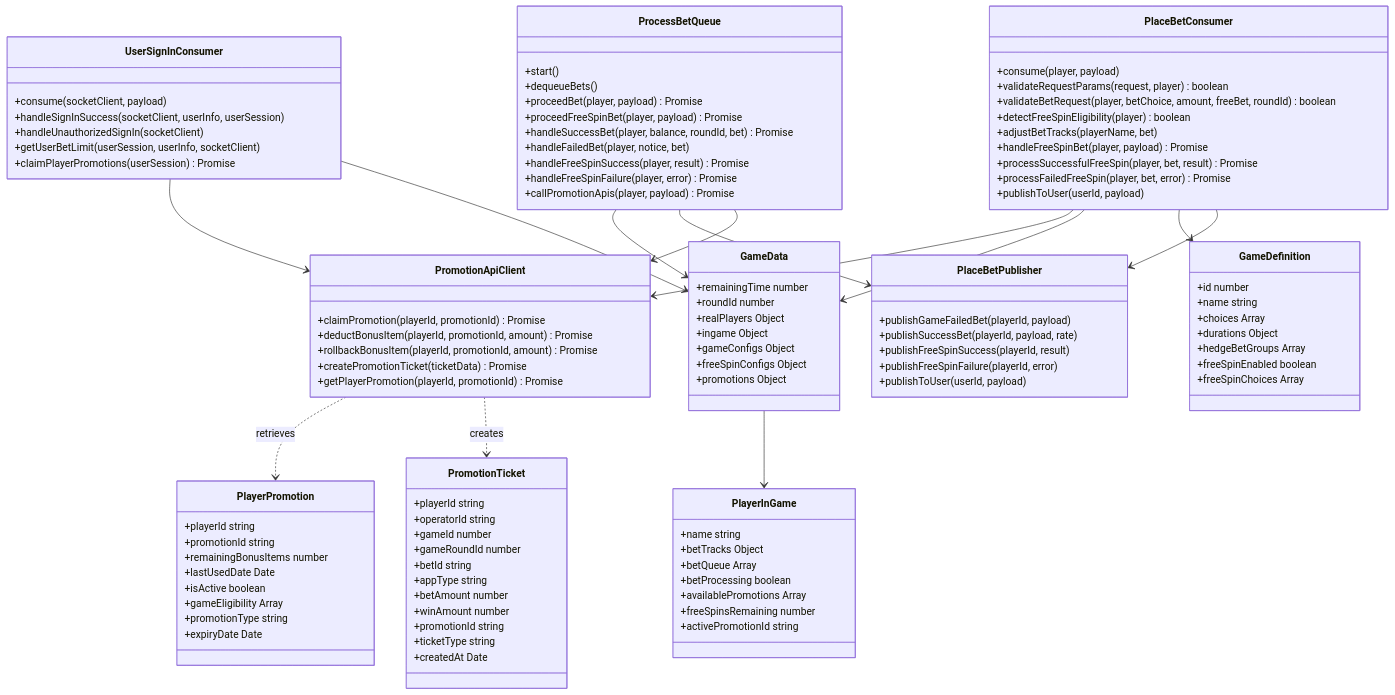
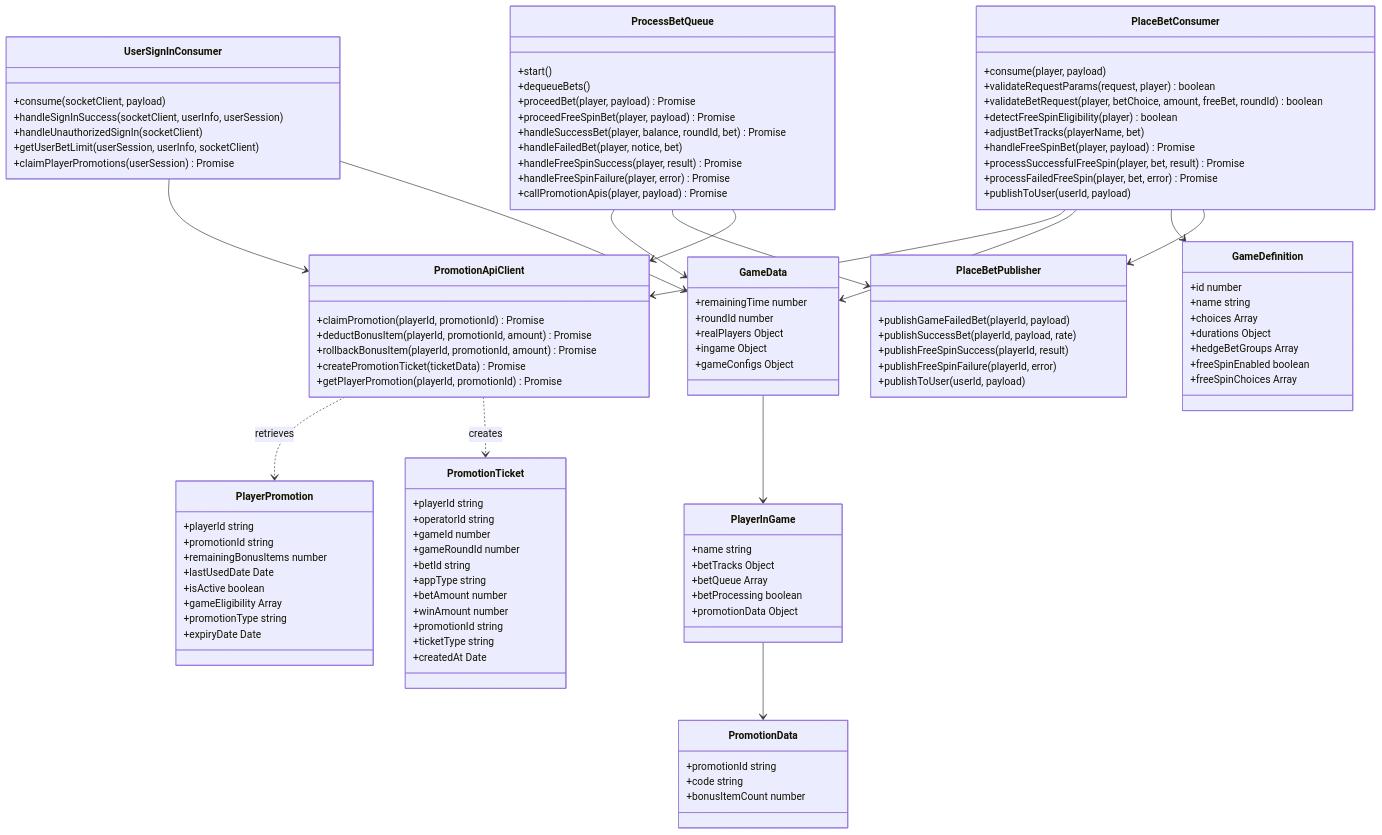
One commit to starixvn/l1_sc-packages_sc-game-base changed the diagram in diagrams/place-bet-class-diagram.md. Above: the diagram before and after it, drawn with Mermaid. The commit also changed other lines of this file and 2 other files, not shown here.

Commit message:
docs: update promotion diagram

```diff
--- a/diagrams/place-bet-class-diagram.md
+++ b/diagrams/place-bet-class-diagram.md
@@ -81,8 +81,6 @@
         +realPlayers Object
         +ingame Object
         +gameConfigs Object
-        +freeSpinConfigs Object
-        +promotions Object
     }
 
     class GameDefinition {
@@ -100,9 +98,13 @@
         +betTracks Object
         +betQueue Array
         +betProcessing boolean
-        +availablePromotions Array
-        +freeSpinsRemaining number
-        +activePromotionId string
+        +promotionData Object
+    }
+
+    class PromotionData {
+        +promotionId string
+        +code string
+        +bonusItemCount number
     }
 
 
@@ -121,6 +123,7 @@
     ProcessBetQueue --> PromotionApiClient
 
     GameData --> PlayerInGame
+    PlayerInGame --> PromotionData
 
     %% API relationships
     PromotionApiClient ..> PlayerPromotion : retrieves
```
